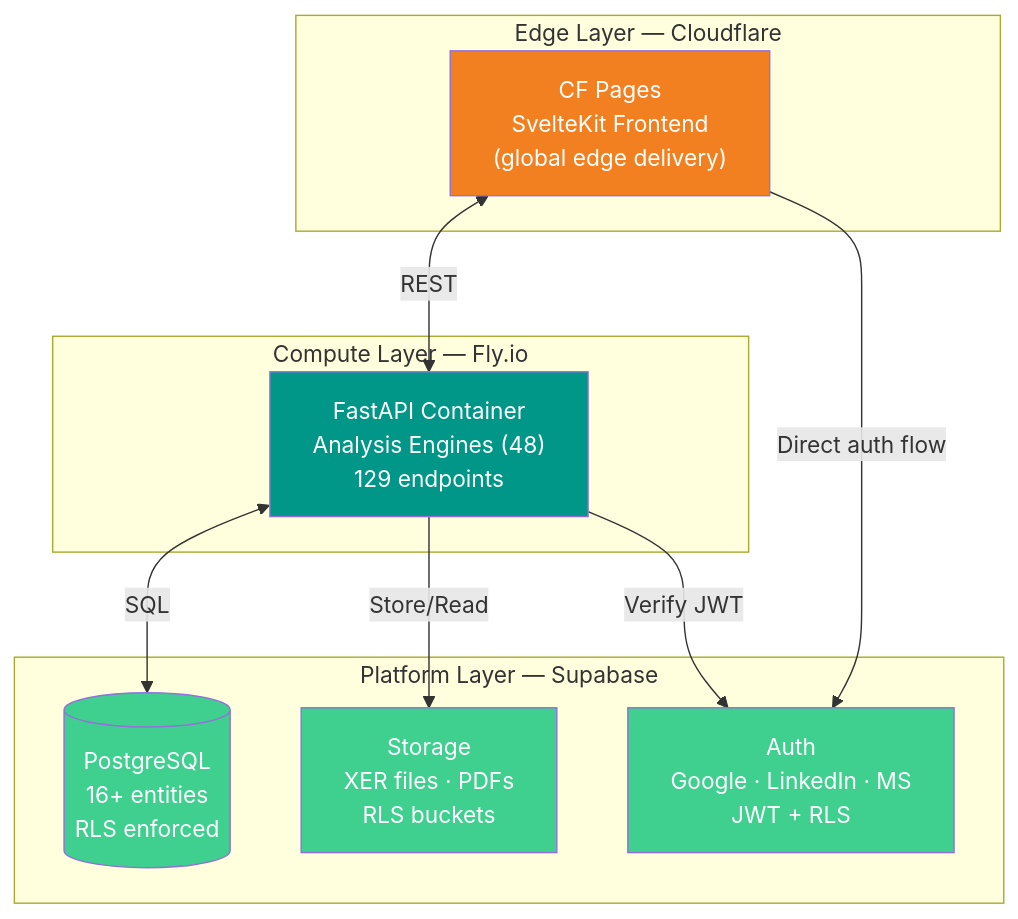
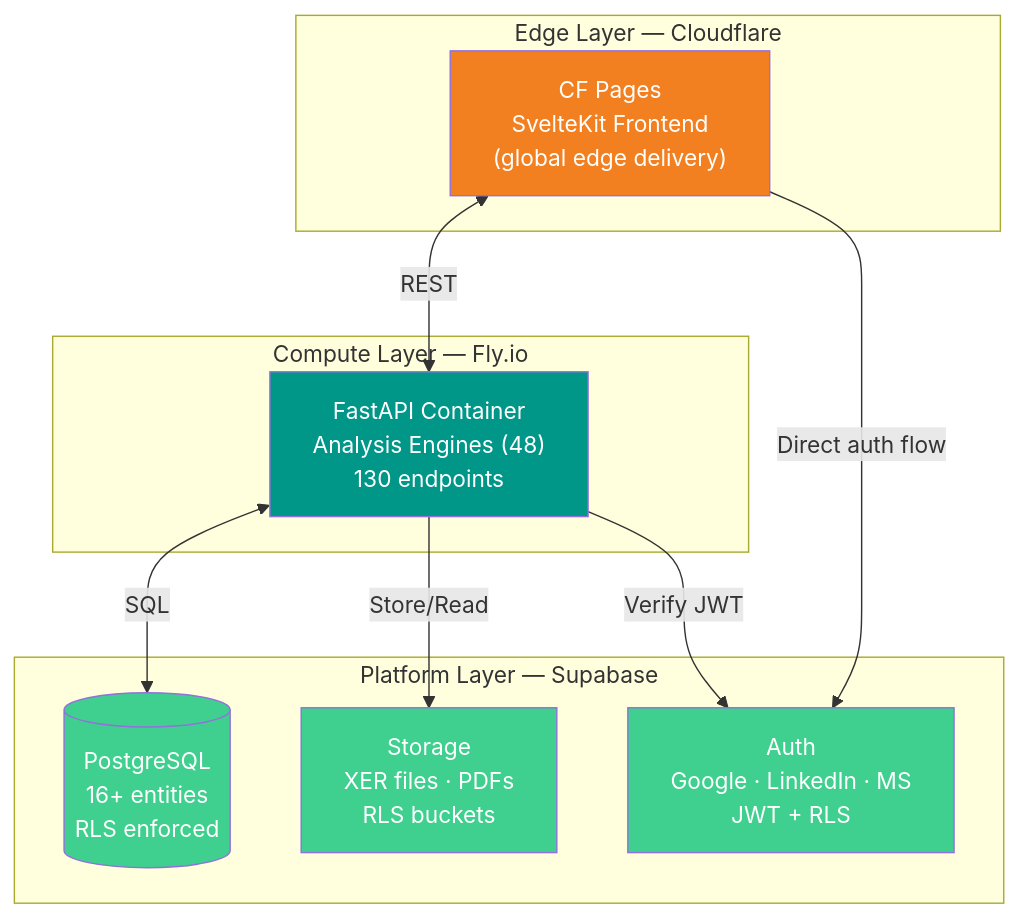
One commit to VitorMRodovalho/meridianiq changed the first of 2 diagrams in README.md. Above: the diagram before and after it, drawn with Mermaid. The commit also changed other lines of this file and 11 other files, not shown here.

````diff
--- a/README.md
+++ b/README.md
@@ -116,28 +116,28 @@
 ```mermaid
 graph TB
     subgraph "Edge Layer — Cloudflare"
         CF_PAGES["CF Pages<br/>SvelteKit Frontend<br/>(global edge delivery)"]
     end
 
     subgraph "Compute Layer — Fly.io"
-        FASTAPI["FastAPI Container<br/>Analysis Engines (48)<br/>129 endpoints"]
+        FASTAPI["FastAPI Container<br/>Analysis Engines (48)<br/>130 endpoints"]
     end
 
     subgraph "Platform Layer — Supabase"
         AUTH["Auth<br/>Google · LinkedIn · MS<br/>JWT + RLS"]
         DB[("PostgreSQL<br/>16+ entities<br/>RLS enforced")]
         STORAGE["Storage<br/>XER files · PDFs<br/>RLS buckets"]
     end
 
     CF_PAGES <-->|"REST"| FASTAPI
     FASTAPI <-->|"SQL"| DB
     FASTAPI -->|"Store/Read"| STORAGE
     FASTAPI -->|"Verify JWT"| AUTH
     CF_PAGES -->|"Direct auth flow"| AUTH
 
     style CF_PAGES fill:#F38020,color:#fff
     style FASTAPI fill:#009688,color:#fff
     style DB fill:#3FCF8E,color:#fff
     style AUTH fill:#3FCF8E,color:#fff
     style STORAGE fill:#3FCF8E,color:#fff
 ```
````
